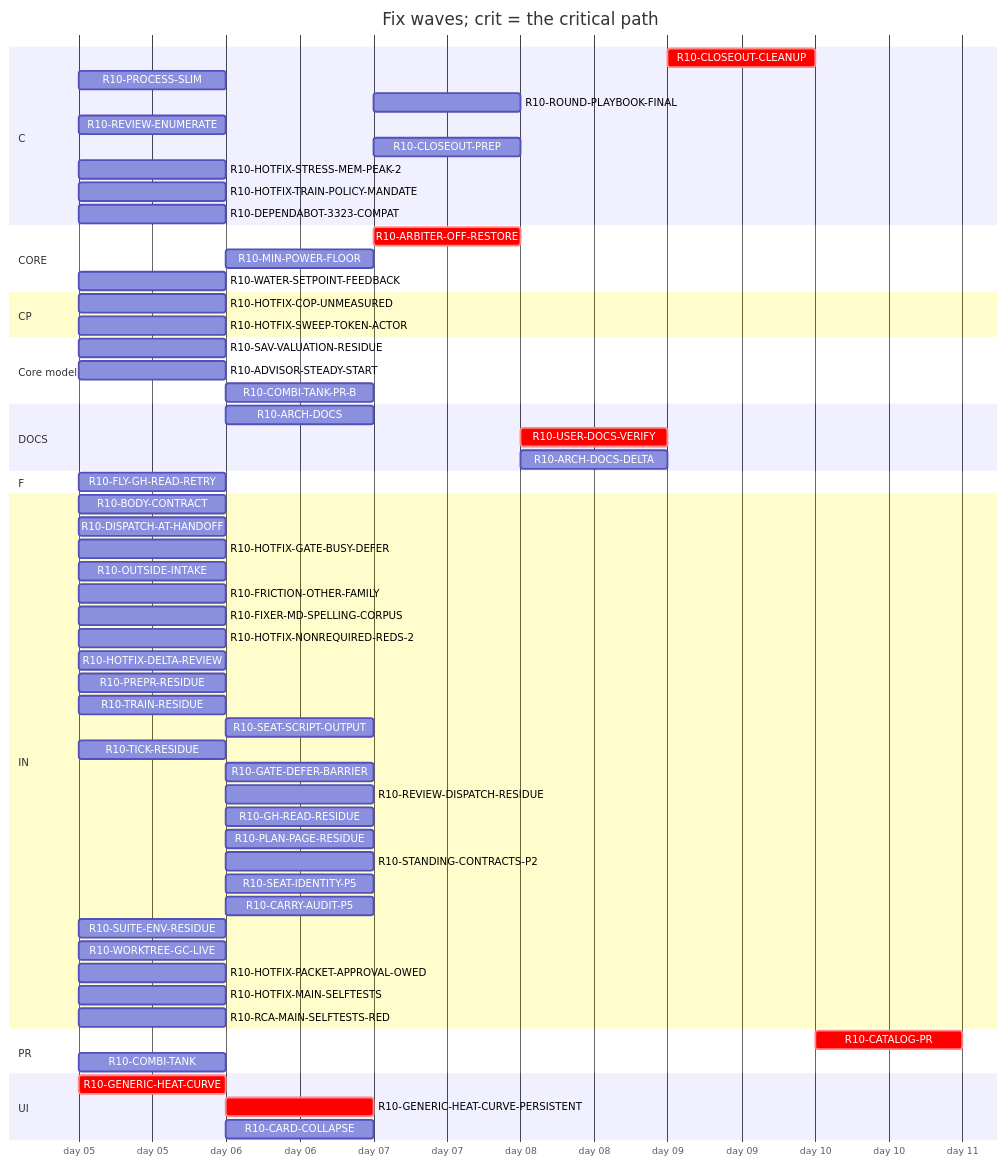
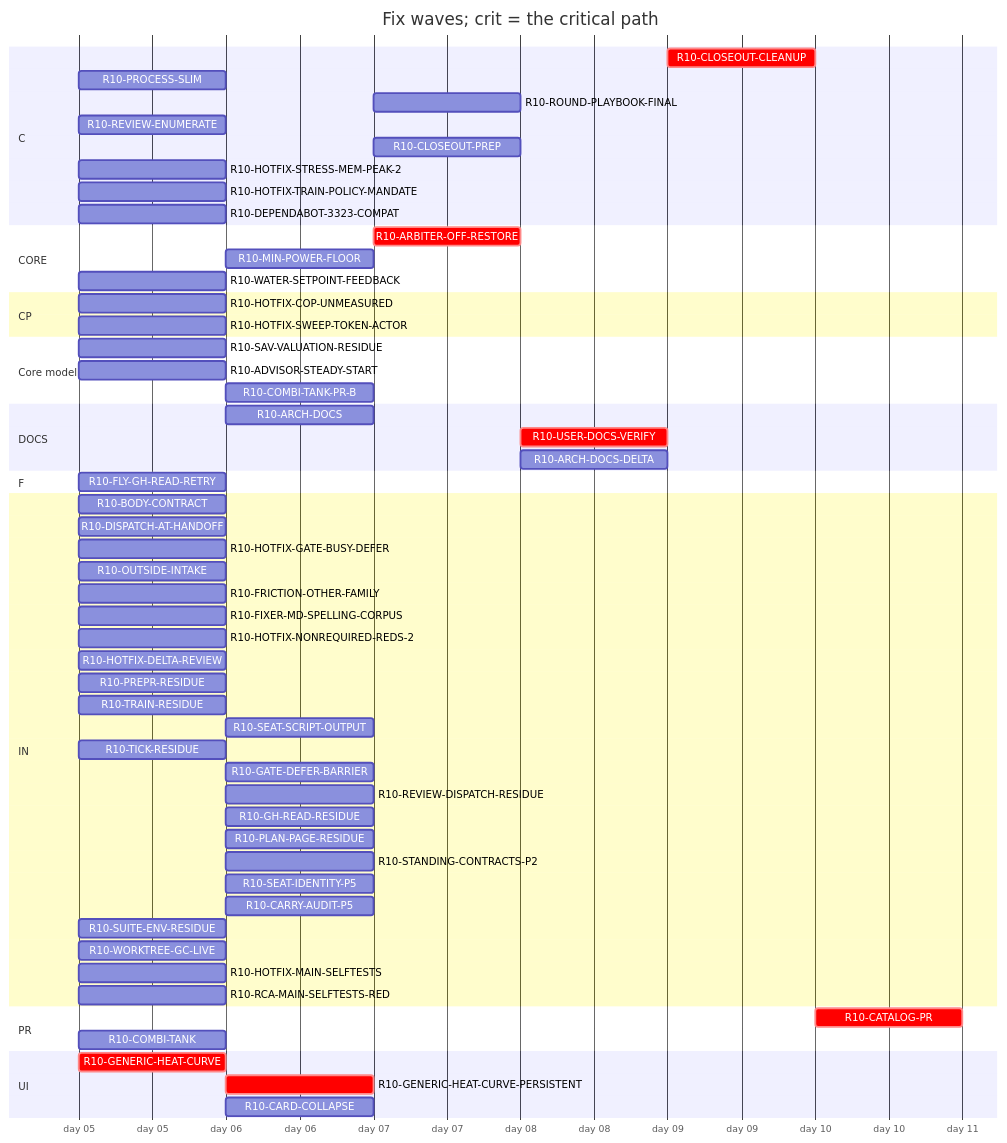
The diagram in handoff/round10/state/PLAN-TABLE.md (tvofi/heatpump_optimizer), drawn with Mermaid before and after one commit. The commit also changed other lines of this file and 4 other files, not shown here.

Commit message:
state: FLOW-BOARD.md, NEXT-SESSION-PROMPT.md, PLAN-TABLE.md, PLAN.html, RESUME-CURRENT.md regenerated (state_docs.py)

````diff
--- a/handoff/round10/state/PLAN-TABLE.md
+++ b/handoff/round10/state/PLAN-TABLE.md
@@ -22,64 +22,63 @@
 ```mermaid
 gantt
   title Fix waves; crit = the critical path
   dateFormat YYYY-MM-DD
   axisFormat day %d
   section C
     R10-CLOSEOUT-CLEANUP :crit, r10CLOSEOUTCLEANUP, after r10ARCHDOCS r10USERDOCSVERIFY r10ROUNDPLAYBOOKFINAL r10FRICTIONOTHERFAMILY r10CLOSEOUTPREP r10ARCHDOCSDELTA, 1d
     R10-PROCESS-SLIM :r10PROCESSSLIM, 2026-01-05, 1d
     R10-ROUND-PLAYBOOK-FINAL :r10ROUNDPLAYBOOKFINAL, after r10DISPATCHATHANDOFF r10BODYCONTRACT r10FLYGHREADRETRY r10PROCESSSLIM r10OUTSIDEINTAKE r10FRICTIONOTHERFAMILY r10FIXERMDSPELLINGCORPUS r10PREPRRESIDUE r10SEATSCRIPTOUTPUT r10REVIEWDISPATCHRESIDUE r10CARRYAUDITP5 r10TICKRESIDUE r10SEATIDENTITYP5 r10STANDINGCONTRACTSP2 r10PLANPAGERESIDUE r10TRAINRESIDUE r10GHREADRESIDUE r10SUITEENVRESIDUE r10GATEDEFERBARRIER r10WORKTREEGCLIVE, 1d
     R10-REVIEW-ENUMERATE :r10REVIEWENUMERATE, 2026-01-05, 1d
     R10-CLOSEOUT-PREP :r10CLOSEOUTPREP, after r10ARCHDOCS r10DISPATCHATHANDOFF r10BODYCONTRACT r10FLYGHREADRETRY r10PROCESSSLIM r10OUTSIDEINTAKE r10FRICTIONOTHERFAMILY r10FIXERMDSPELLINGCORPUS r10PREPRRESIDUE r10SEATSCRIPTOUTPUT r10REVIEWDISPATCHRESIDUE r10CARRYAUDITP5 r10TICKRESIDUE r10SEATIDENTITYP5 r10STANDINGCONTRACTSP2 r10PLANPAGERESIDUE r10TRAINRESIDUE r10GHREADRESIDUE r10SUITEENVRESIDUE r10GATEDEFERBARRIER r10WORKTREEGCLIVE, 1d
     R10-HOTFIX-STRESS-MEM-PEAK-2 :r10HOTFIXSTRESSMEMPEAK2, 2026-01-05, 1d
     R10-HOTFIX-TRAIN-POLICY-MANDATE :r10HOTFIXTRAINPOLICYMANDATE, 2026-01-05, 1d
     R10-DEPENDABOT-3323-COMPAT :r10DEPENDABOT3323COMPAT, 2026-01-05, 1d
   section CORE
     R10-ARBITER-OFF-RESTORE :crit, r10ARBITEROFFRESTORE, after r10GENERICHEATCURVE r10GENERICHEATCURVEPERSISTENT r10WATERSETPOINTFEEDBACK, 1d
     R10-MIN-POWER-FLOOR :r10MINPOWERFLOOR, after r10HOTFIXCOPUNMEASURED r10GENERICHEATCURVE, 1d
     R10-WATER-SETPOINT-FEEDBACK :r10WATERSETPOINTFEEDBACK, 2026-01-05, 1d
   section CP
     R10-HOTFIX-COP-UNMEASURED :r10HOTFIXCOPUNMEASURED, 2026-01-05, 1d
     R10-HOTFIX-SWEEP-TOKEN-ACTOR :r10HOTFIXSWEEPTOKENACTOR, 2026-01-05, 1d
   section Core model
     R10-SAV-VALUATION-RESIDUE :r10SAVVALUATIONRESIDUE, 2026-01-05, 1d
     R10-ADVISOR-STEADY-START :r10ADVISORSTEADYSTART, 2026-01-05, 1d
     R10-COMBI-TANK-PR-B :r10COMBITANKPRB, after r10COMBITANK, 1d
   section DOCS
     R10-ARCH-DOCS :r10ARCHDOCS, after r10DISPATCHATHANDOFF r10BODYCONTRACT r10FLYGHREADRETRY r10PROCESSSLIM r10OUTSIDEINTAKE r10FRICTIONOTHERFAMILY, 1d
     R10-USER-DOCS-VERIFY :crit, r10USERDOCSVERIFY, after r10HOTFIXCOPUNMEASURED r10GENERICHEATCURVE r10GENERICHEATCURVEPERSISTENT r10ARBITEROFFRESTORE r10COMBITANK r10MINPOWERFLOOR, 1d
     R10-ARCH-DOCS-DELTA :r10ARCHDOCSDELTA, after r10ARCHDOCS r10HOTFIXCOPUNMEASURED r10GENERICHEATCURVE r10GENERICHEATCURVEPERSISTENT r10ARBITEROFFRESTORE r10COMBITANK r10MINPOWERFLOOR r10SAVVALUATIONRESIDUE r10ADVISORSTEADYSTART r10COMBITANKPRB, 1d
   section F
     R10-FLY-GH-READ-RETRY :r10FLYGHREADRETRY, 2026-01-05, 1d
   section IN
     R10-BODY-CONTRACT :r10BODYCONTRACT, 2026-01-05, 1d
     R10-DISPATCH-AT-HANDOFF :r10DISPATCHATHANDOFF, 2026-01-05, 1d
     R10-HOTFIX-GATE-BUSY-DEFER :r10HOTFIXGATEBUSYDEFER, 2026-01-05, 1d
     R10-OUTSIDE-INTAKE :r10OUTSIDEINTAKE, 2026-01-05, 1d
     R10-FRICTION-OTHER-FAMILY :r10FRICTIONOTHERFAMILY, 2026-01-05, 1d
     R10-FIXER-MD-SPELLING-CORPUS :r10FIXERMDSPELLINGCORPUS, 2026-01-05, 1d
     R10-HOTFIX-NONREQUIRED-REDS-2 :r10HOTFIXNONREQUIREDREDS2, 2026-01-05, 1d
     R10-HOTFIX-DELTA-REVIEW :r10HOTFIXDELTAREVIEW, 2026-01-05, 1d
     R10-PREPR-RESIDUE :r10PREPRRESIDUE, 2026-01-05, 1d
     R10-TRAIN-RESIDUE :r10TRAINRESIDUE, 2026-01-05, 1d
     R10-SEAT-SCRIPT-OUTPUT :r10SEATSCRIPTOUTPUT, after r10TRAINRESIDUE, 1d
     R10-TICK-RESIDUE :r10TICKRESIDUE, 2026-01-05, 1d
     R10-GATE-DEFER-BARRIER :r10GATEDEFERBARRIER, after r10TRAINRESIDUE r10TICKRESIDUE, 1d
     R10-REVIEW-DISPATCH-RESIDUE :r10REVIEWDISPATCHRESIDUE, after r10DISPATCHATHANDOFF r10REVIEWENUMERATE r10HOTFIXDELTAREVIEW r10PROCESSSLIM, 1d
     R10-GH-READ-RESIDUE :r10GHREADRESIDUE, after r10FLYGHREADRETRY, 1d
     R10-PLAN-PAGE-RESIDUE :r10PLANPAGERESIDUE, after r10OUTSIDEINTAKE, 1d
     R10-STANDING-CONTRACTS-P2 :r10STANDINGCONTRACTSP2, after r10FIXERMDSPELLINGCORPUS, 1d
     R10-SEAT-IDENTITY-P5 :r10SEATIDENTITYP5, after r10TICKRESIDUE, 1d
     R10-CARRY-AUDIT-P5 :r10CARRYAUDITP5, after r10BODYCONTRACT, 1d
     R10-SUITE-ENV-RESIDUE :r10SUITEENVRESIDUE, 2026-01-05, 1d
     R10-WORKTREE-GC-LIVE :r10WORKTREEGCLIVE, 2026-01-05, 1d
-    R10-HOTFIX-PACKET-APPROVAL-OWED :r10HOTFIXPACKETAPPROVALOWED, 2026-01-05, 1d
     R10-HOTFIX-MAIN-SELFTESTS :r10HOTFIXMAINSELFTESTS, 2026-01-05, 1d
     R10-RCA-MAIN-SELFTESTS-RED :r10RCAMAINSELFTESTSRED, 2026-01-05, 1d
   section PR
     R10-CATALOG-PR :crit, r10CATALOGPR, after r10USERDOCSVERIFY r10ARCHDOCS r10ROUNDPLAYBOOKFINAL r10CLOSEOUTCLEANUP r10CLOSEOUTPREP r10ARCHDOCSDELTA, 1d
     R10-COMBI-TANK :r10COMBITANK, 2026-01-05, 1d
   section UI
     R10-GENERIC-HEAT-CURVE :crit, r10GENERICHEATCURVE, 2026-01-05, 1d
     R10-GENERIC-HEAT-CURVE-PERSISTENT :crit, r10GENERICHEATCURVEPERSISTENT, after r10GENERICHEATCURVE, 1d
     R10-CARD-COLLAPSE :r10CARDCOLLAPSE, after r10HOTFIXCOPUNMEASURED, 1d
 ```
````
